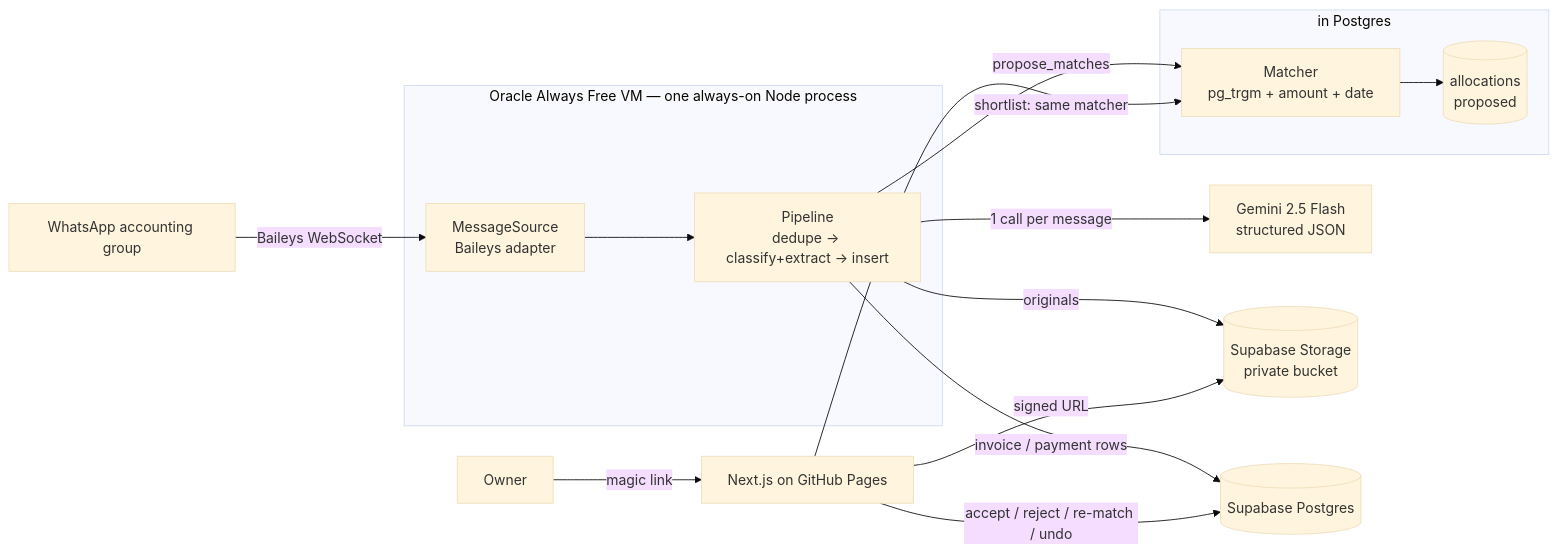
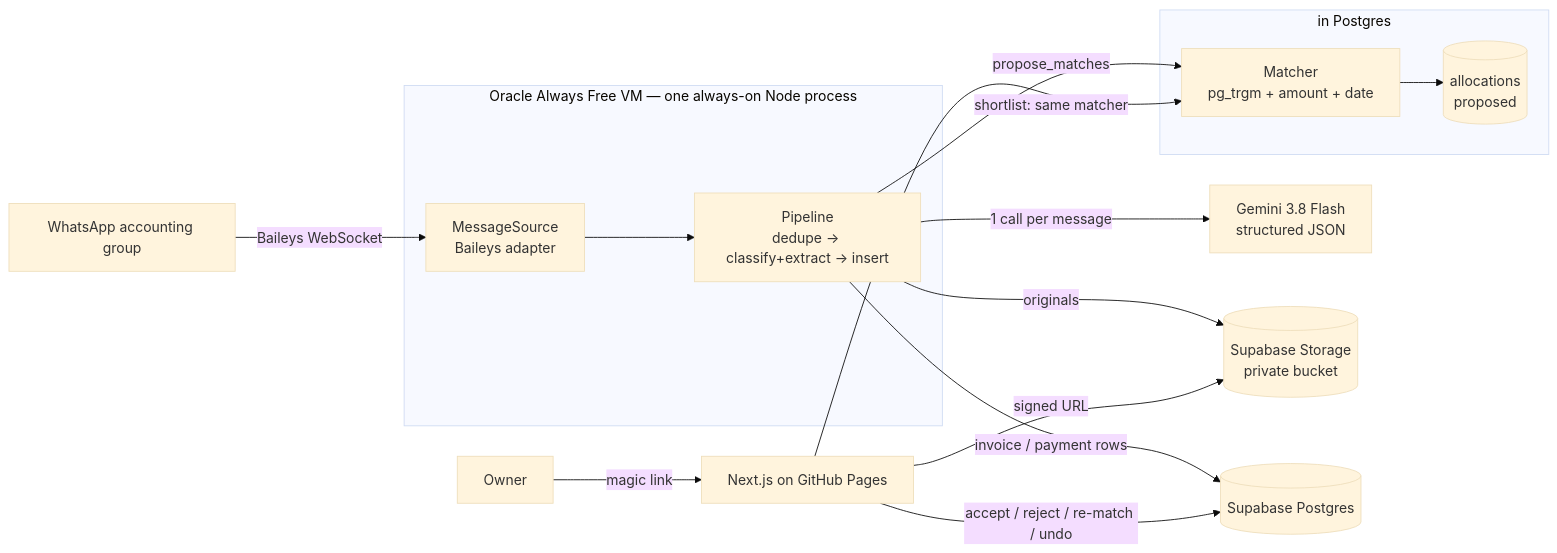
One commit to KarthikGannamaneni/DayBook-WebApp changed the first of 2 diagrams in docs/p0-tech-design.md. Above: the diagram before and after it, drawn with Mermaid (base theme). The commit also changed other lines of this file and 3 other files, not shown here.

First line of the commit message:
fix: gemini-2.5-flash is 404 for new API keys — pin 3.8-flash

````diff
--- a/docs/p0-tech-design.md
+++ b/docs/p0-tech-design.md
@@ -36,25 +36,25 @@
 ```mermaid
 flowchart LR
     WA[WhatsApp accounting group] -->|Baileys WebSocket| BOT
 
     subgraph VM["Oracle Always Free VM — one always-on Node process"]
         BOT[MessageSource<br/>Baileys adapter]
         PIPE[Pipeline<br/>dedupe → classify+extract → insert]
         BOT --> PIPE
     end
 
-    PIPE -->|1 call per message| GEM[Gemini 2.5 Flash<br/>structured JSON]
+    PIPE -->|1 call per message| GEM[Gemini 3.8 Flash<br/>structured JSON]
     PIPE -->|originals| ST[(Supabase Storage<br/>private bucket)]
     PIPE -->|invoice / payment rows| DB[(Supabase Postgres)]
     PIPE -->|propose_matches| MATCH
 
     subgraph DB2["in Postgres"]
         MATCH[Matcher<br/>pg_trgm + amount + date]
         MATCH --> ALLOC[(allocations<br/>proposed)]
     end
 
     OWNER[Owner] -->|magic link| WEB[Next.js on GitHub Pages]
     WEB -->|accept / reject / re-match / undo| DB
     WEB -->|shortlist: same matcher| MATCH
     WEB -->|signed URL| ST
 ```
````
